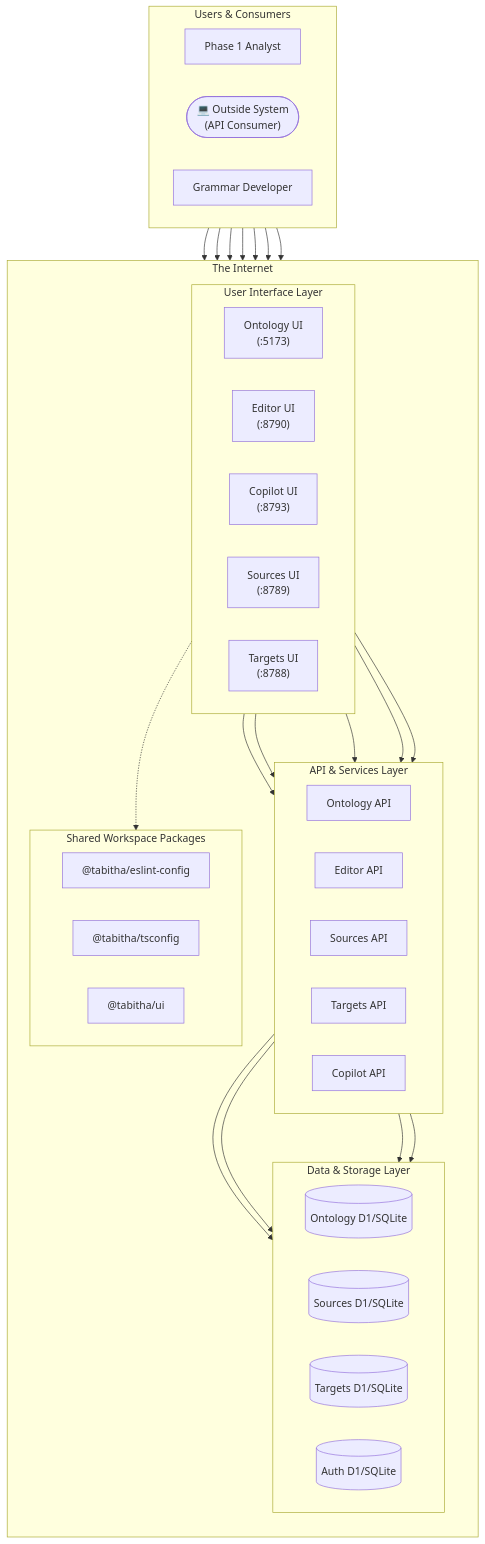
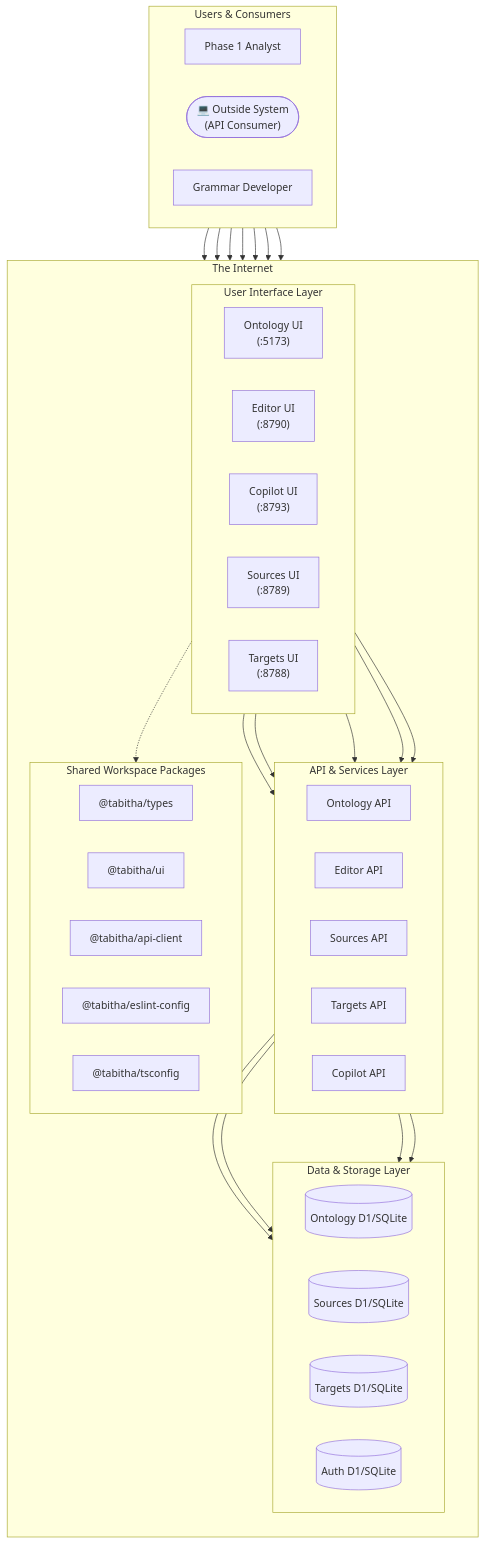
One commit to presciencelabs/tabitha changed the diagram in README.md. Above: the diagram before and after it, drawn with Mermaid. The commit also changed other lines of this file and 20 other files, not shown here.

````diff
--- a/README.md
+++ b/README.md
@@ -94,67 +112,69 @@
 ```mermaid
 graph TD;
     subgraph "Users & Consumers"
         direction LR
         Phase1Analyst[Phase 1 Analyst];
         OutsideSystem(["💻 Outside System <br/>(API Consumer)"]);
         GrammarDeveloper[Grammar Developer];
     end
 
     subgraph Platform ["The Internet"]
         direction TB
 
         subgraph UILayer ["User Interface Layer"]
             direction LR
             OntologyUI["Ontology UI <br/>(:5173)"];
             EditorUI["Editor UI <br/>(:8790)"];
             CopilotUI["Copilot UI <br/>(:8793)"];
             SourcesUI["Sources UI <br/>(:8789)"];
             TargetsUI["Targets UI <br/>(:8788)"];
         end
 
         subgraph APILayer ["API & Services Layer"]
             direction LR
             OntologyAPI[Ontology API];
             EditorAPI[Editor API];
             SourcesAPI[Sources API];
             TargetsAPI[Targets API];
             CopilotAPI[Copilot API];
         end
 
         subgraph SharedPackages ["Shared Workspace Packages"]
             direction LR
+            TypesPkg["@tabitha/types"];
+            UIPkg["@tabitha/ui"];
+            APIClientPkg["@tabitha/api-client"];
             ESLintPkg["@tabitha/eslint-config"];
             TSConfigPkg["@tabitha/tsconfig"];
-            UIPkg["@tabitha/ui"];
         end
 
         subgraph DataLayer ["Data & Storage Layer"]
             direction LR
             OntologyDB[(Ontology D1/SQLite)];
             SourcesDB[(Sources D1/SQLite)];
             TargetsDB[(Targets D1/SQLite)];
             AuthDB[(Auth D1/SQLite)];
         end
     end
 
     Phase1Analyst --> OntologyUI;
     Phase1Analyst --> EditorUI;
     Phase1Analyst --> CopilotUI;
     OutsideSystem --> OntologyAPI;
     OutsideSystem --> SourcesAPI;
     OutsideSystem --> TargetsAPI;
     OutsideSystem --> CopilotAPI;
 
     OntologyUI --> OntologyAPI;
     EditorUI --> EditorAPI;
     SourcesUI --> SourcesAPI;
     TargetsUI --> TargetsAPI;
     CopilotUI --> CopilotAPI;
 
     UILayer -.-> SharedPackages;
 
     OntologyAPI --> OntologyDB;
     OntologyAPI --> AuthDB;
     SourcesAPI --> SourcesDB;
     TargetsAPI --> TargetsDB;
 ```
````
